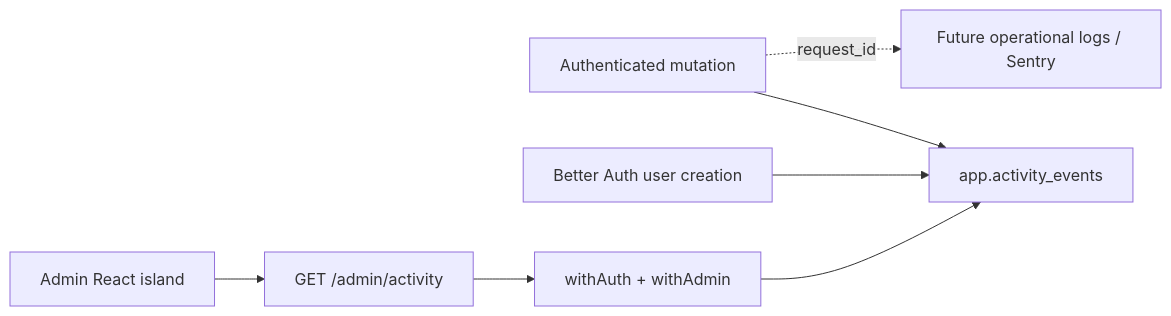
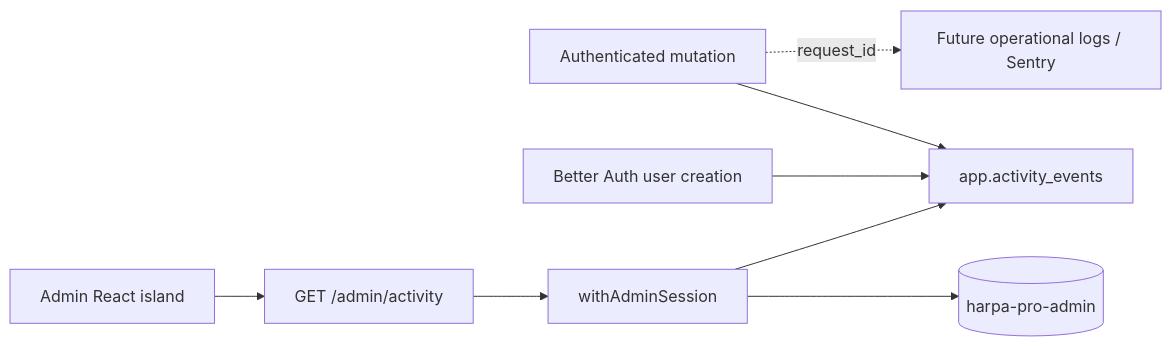
One commit to patrickchin/harpa-pro changed the diagram in docs/v4/design-admin-business-activity.md. Above: the diagram before and after it, drawn with Mermaid. The commit also changed other lines of this file and 74 other files, not shown here.

````diff
--- a/docs/v4/design-admin-business-activity.md
+++ b/docs/v4/design-admin-business-activity.md
@@ -71,9 +80,10 @@
 ```mermaid
 flowchart LR
   mutation["Authenticated mutation"] --> event["app.activity_events"]
   signup["Better Auth user creation"] --> event
   browser["Admin React island"] --> api["GET /admin/activity"]
-  api --> admin["withAuth + withAdmin"]
-  admin --> event
+  api --> auth["withAdminSession"]
+  auth --> adminDb[("harpa-pro-admin")]
+  auth --> event
   mutation -. request_id .-> telemetry["Future operational logs / Sentry"]
 ```
````
